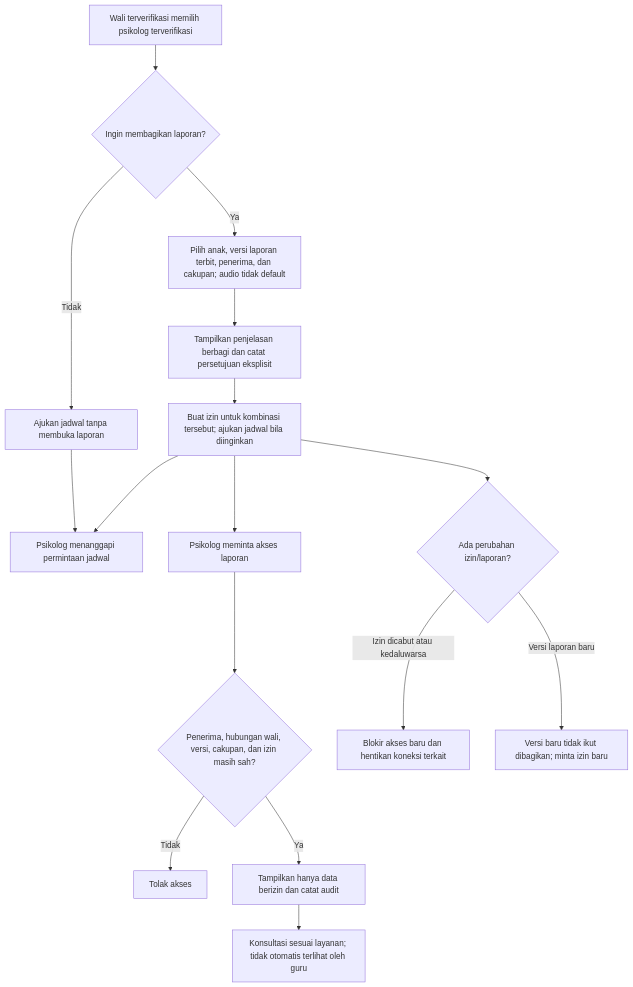
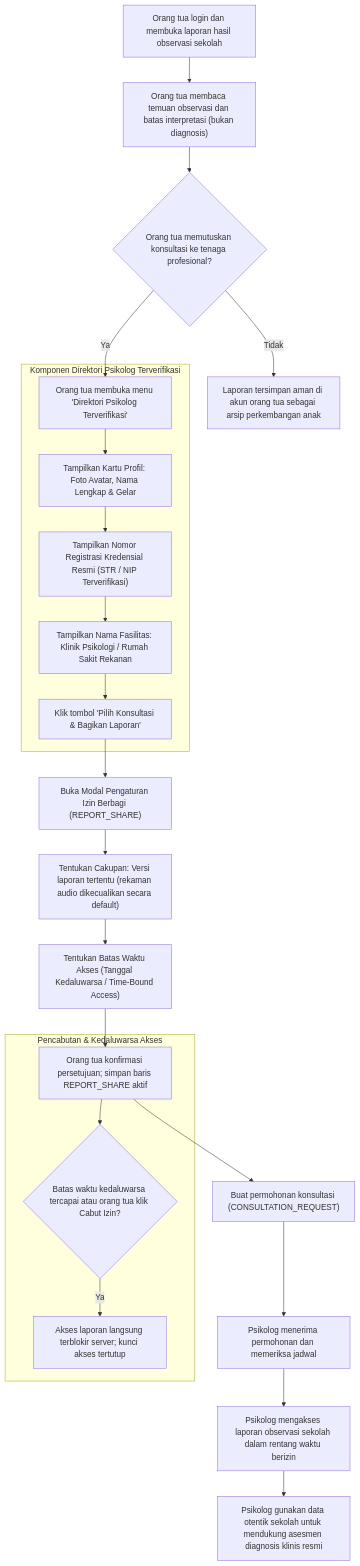
Before and after one commit to jajakiman/Dyscovery: the fifth of 6 diagrams in Docs/Dyscovery-Workflow.md, drawn with Mermaid. The commit also changed other lines of this file and 3 other files, not shown here.

````diff
--- a/Docs/Dyscovery-Workflow.md
+++ b/Docs/Dyscovery-Workflow.md
@@ -134,18 +154,28 @@
 ```mermaid
 flowchart TD
-    A["Wali terverifikasi memilih psikolog terverifikasi"] --> B{"Ingin membagikan laporan?"}
-    B -->|Tidak| C["Ajukan jadwal tanpa membuka laporan"]
-    B -->|Ya| D["Pilih anak, versi laporan terbit, penerima, dan cakupan; audio tidak default"]
-    D --> E["Tampilkan penjelasan berbagi dan catat persetujuan eksplisit"]
-    E --> F["Buat izin untuk kombinasi tersebut; ajukan jadwal bila diinginkan"]
-    C --> G["Psikolog menanggapi permintaan jadwal"]
-    F --> G
-    F --> H["Psikolog meminta akses laporan"]
-    H --> I{"Penerima, hubungan wali, versi, cakupan, dan izin masih sah?"}
-    I -->|Tidak| DENY["Tolak akses"]
-    I -->|Ya| J["Tampilkan hanya data berizin dan catat audit"]
-    J --> K["Konsultasi sesuai layanan; tidak otomatis terlihat oleh guru"]
-    F --> L{"Ada perubahan izin/laporan?"}
-    L -->|Izin dicabut atau kedaluwarsa| M["Blokir akses baru dan hentikan koneksi terkait"]
-    L -->|Versi laporan baru| N["Versi baru tidak ikut dibagikan; minta izin baru"]
+    A["Orang tua login dan membuka laporan hasil observasi sekolah"] --> B["Orang tua membaca temuan observasi dan batas interpretasi (bukan diagnosis)"]
+    B --> C{"Orang tua memutuskan konsultasi ke tenaga profesional?"}
+    C -->|Tidak| D["Laporan tersimpan aman di akun orang tua sebagai arsip perkembangan anak"]
+    C -->|Ya| E["Orang tua membuka menu 'Direktori Psikolog Terverifikasi'"]
+    
+    subgraph DirectoryComponent["Komponen Direktori Psikolog Terverifikasi"]
+        E --> F["Tampilkan Kartu Profil: Foto Avatar, Nama Lengkap & Gelar"]
+        F --> G["Tampilkan Nomor Registrasi Kredensial Resmi (STR / NIP Terverifikasi)"]
+        G --> H["Tampilkan Nama Fasilitas: Klinik Psikologi / Rumah Sakit Rekanan"]
+        H --> I["Klik tombol 'Pilih Konsultasi & Bagikan Laporan'"]
+    end
+
+    I --> J["Buka Modal Pengaturan Izin Berbagi (REPORT_SHARE)"]
+    J --> K["Tentukan Cakupan: Versi laporan tertentu (rekaman audio dikecualikan secara default)"]
+    K --> L["Tentukan Batas Waktu Akses (Tanggal Kedaluwarsa / Time-Bound Access)"]
+    L --> M["Orang tua konfirmasi persetujuan; simpan baris REPORT_SHARE aktif"]
+    M --> N["Buat permohonan konsultasi (CONSULTATION_REQUEST)"]
+    N --> O["Psikolog menerima permohonan dan memeriksa jadwal"]
+    O --> P["Psikolog mengakses laporan observasi sekolah dalam rentang waktu berizin"]
+    P --> Q["Psikolog gunakan data otentik sekolah untuk mendukung asesmen diagnosis klinis resmi"]
+    
+    subgraph ExpirationRevocation["Pencabutan & Kedaluwarsa Akses"]
+        M --> R{"Batas waktu kedaluwarsa tercapai atau orang tua klik Cabut Izin?"}
+        R -->|Ya| S["Akses laporan langsung terblokir server; kunci akses tertutup"]
+    end
 ```
````
